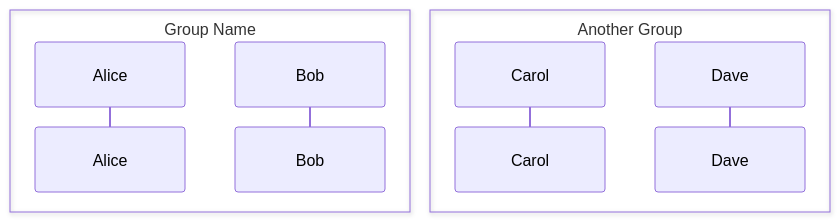
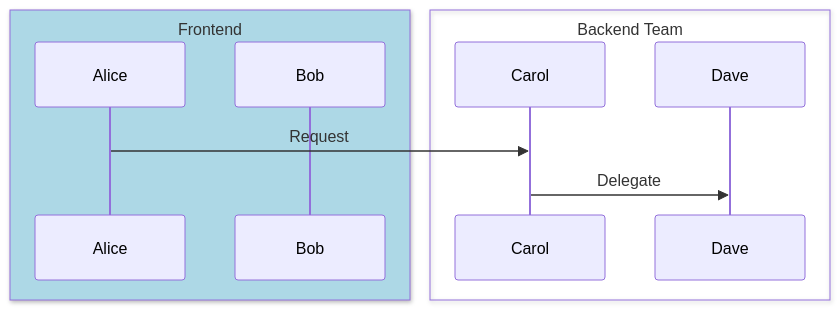
Diagram 16 of 19 in skills/diagrammer/specs/mermaid/sequenceDiagram.md (hgrabows/diagrammer-skills), drawn with Mermaid before and after one commit. The commit also changed other lines of this file and 25 other files, not shown here.

First line of the commit message:
feat: support Mermaid 12 and add ten diagram types

````diff
--- a/skills/diagrammer/specs/mermaid/sequenceDiagram.md
+++ b/skills/diagrammer/specs/mermaid/sequenceDiagram.md
@@ -153,11 +247,13 @@
 ```mermaid
 sequenceDiagram
-    box Group Name
+    box LightBlue Frontend
     participant Alice
     participant Bob
     end
-    box Another Group
+    box Backend Team
     participant Carol
     participant Dave
     end
+    Alice->>Carol: Request
+    Carol->>Dave: Delegate
 ```
````
